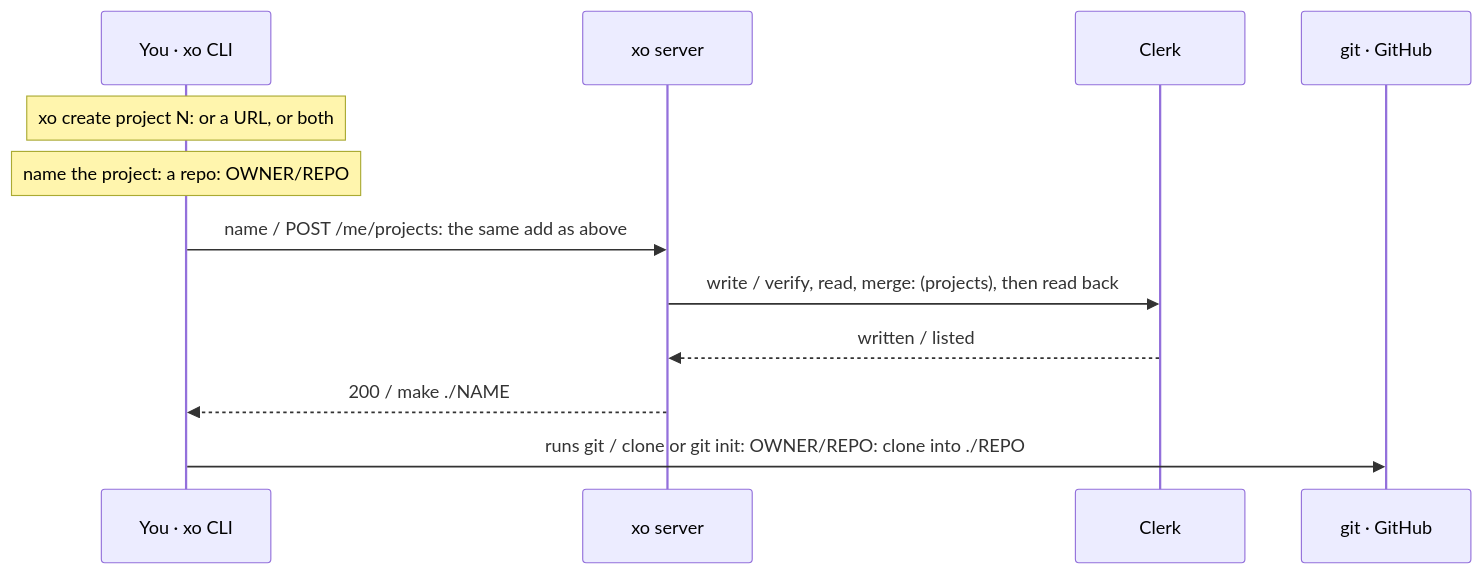
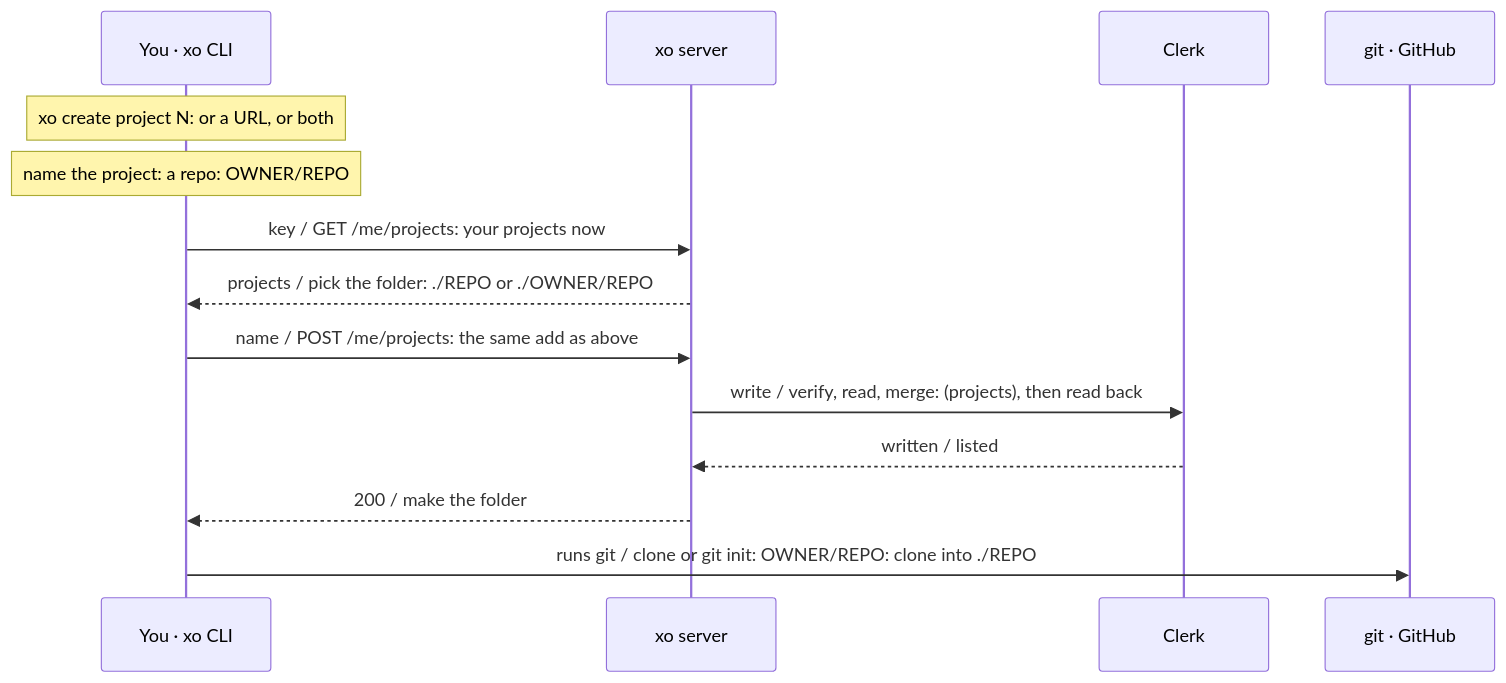
One commit to quirq-ai/xo changed diagram 13 of 31 in docs/architecture.md. Above: the diagram before and after it, drawn with Mermaid. The commit also changed other lines of this file and 10 other files, not shown here.

````diff
--- a/docs/architecture.md
+++ b/docs/architecture.md
@@ -270,14 +289,16 @@
 ```mermaid
 sequenceDiagram
   participant Cli as You · xo CLI
   participant Srv as xo server
   participant Clerk as Clerk
   participant Git as git · GitHub
   Note over Cli: xo create project N: or a URL, or both
   Note over Cli: name the project: a repo: OWNER/REPO
+  Cli->>Srv: key / GET /me/projects: your projects now
+  Srv-->>Cli: projects / pick the folder: ./REPO or ./OWNER/REPO
   Cli->>Srv: name / POST /me/projects: the same add as above
   Srv->>Clerk: write / verify, read, merge: (projects), then read back
   Clerk-->>Srv: written / listed
-  Srv-->>Cli: 200 / make ./NAME
+  Srv-->>Cli: 200 / make the folder
   Cli->>Git: runs git / clone or git init: OWNER/REPO: clone into ./REPO
 ```
````
